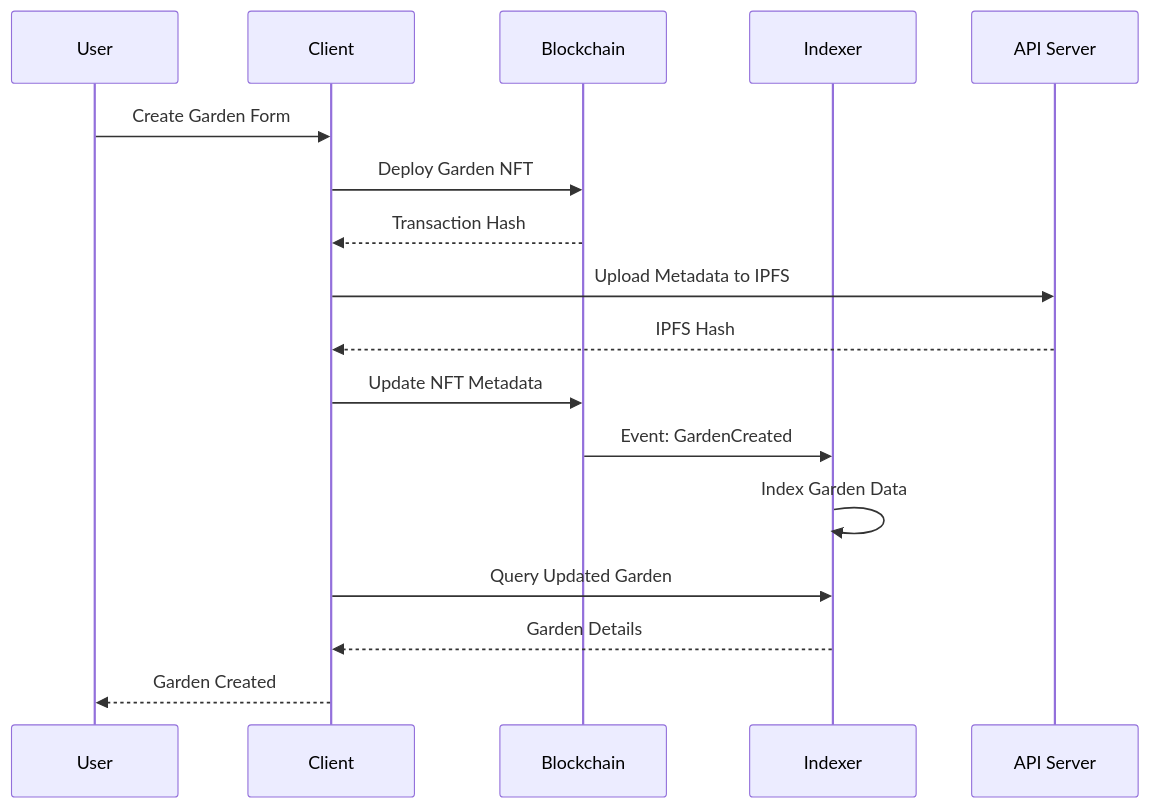
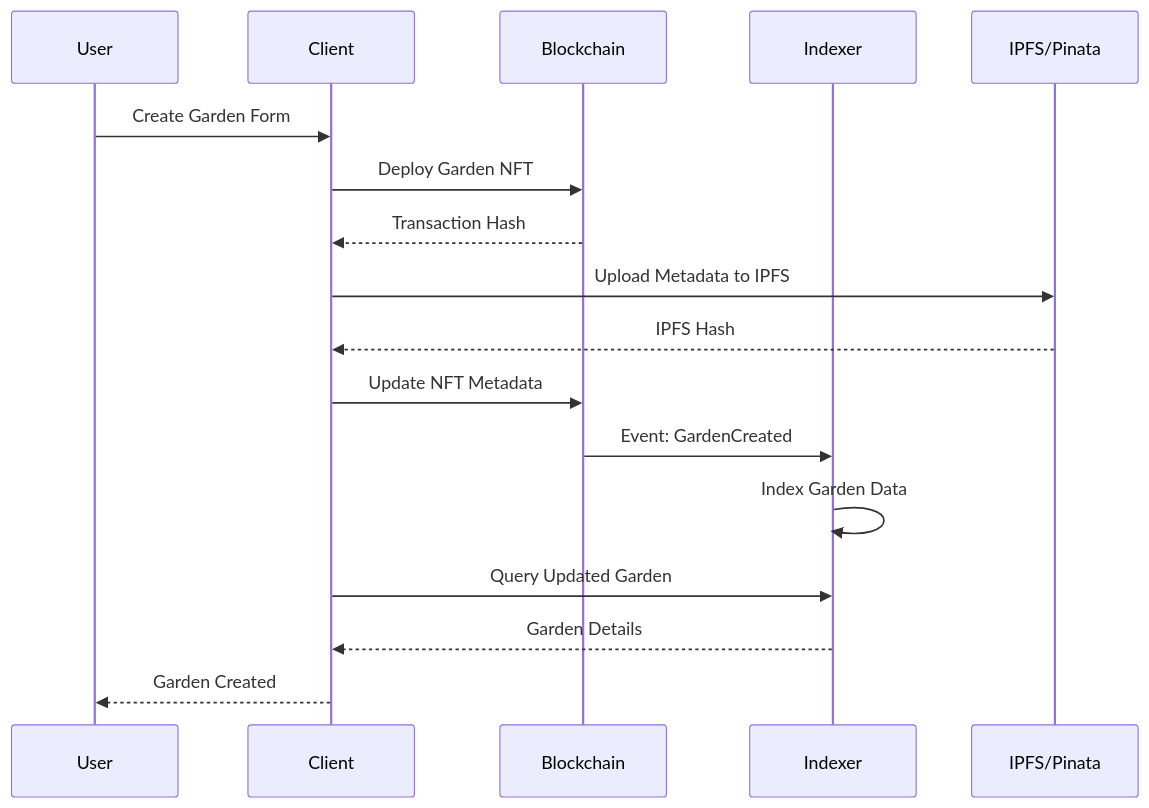
The second of 4 diagrams in docs/ARCHITECTURE.md (greenpill-dev-guild/green-goods), drawn with Mermaid before and after one commit. The commit also changed other lines of this file and 9 other files, not shown here.

````diff
--- a/docs/ARCHITECTURE.md
+++ b/docs/ARCHITECTURE.md
@@ -184,20 +161,20 @@
 ```mermaid
 sequenceDiagram
     participant U as User
     participant C as Client
     participant BC as Blockchain
     participant I as Indexer
-    participant API as API Server
+    participant IPFS as IPFS/Pinata
     
     U->>C: Create Garden Form
     C->>BC: Deploy Garden NFT
     BC-->>C: Transaction Hash
-    C->>API: Upload Metadata to IPFS
-    API-->>C: IPFS Hash
+    C->>IPFS: Upload Metadata to IPFS
+    IPFS-->>C: IPFS Hash
     C->>BC: Update NFT Metadata
     BC->>I: Event: GardenCreated
     I->>I: Index Garden Data
     C->>I: Query Updated Garden
     I-->>C: Garden Details
     C-->>U: Garden Created
 ```
````
